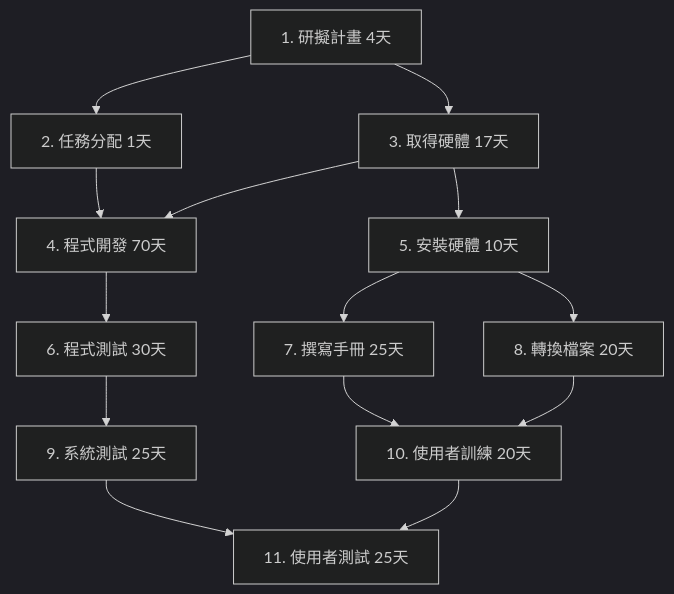
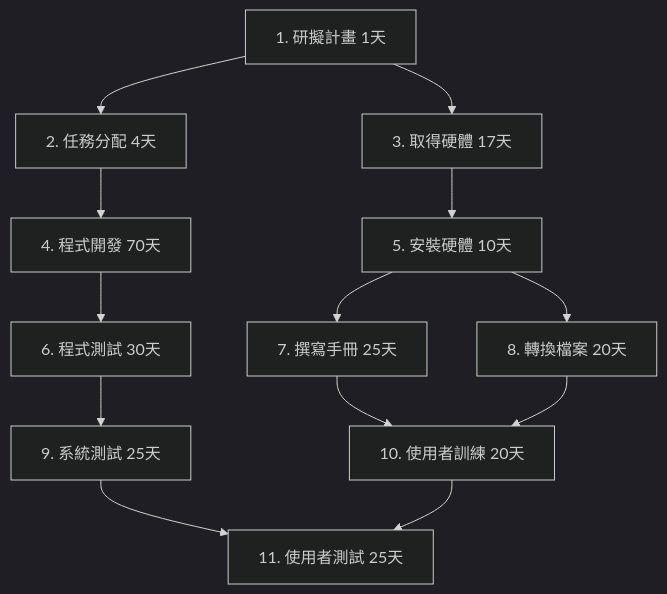
The first of 2 diagrams in hw2.md (adams7718/114-1A), drawn with Mermaid (dark theme) before and after one commit. The commit also changed other lines of this file, not shown here.

````diff
--- a/hw2.md
+++ b/hw2.md
@@ -2,17 +2,17 @@
 ```mermaid
+
 graph TD
-  A[1. 研擬計畫 4天] --> B[2. 任務分配 1天]
+  A[1. 研擬計畫 1天] --> B[2. 任務分配 4天]
   A --> C[3. 取得硬體 17天]
   B --> D[4. 程式開發 70天]
-  C --> D
   C --> E[5. 安裝硬體 10天]
   D --> F[6. 程式測試 30天]
   E --> G[7. 撰寫手冊 25天]
   E --> H[8. 轉換檔案 20天]
   F --> I[9. 系統測試 25天]
   G --> J[10. 使用者訓練 20天]
   H --> J
   I --> K[11. 使用者測試 25天]
   J --> K
 
 ```
````
